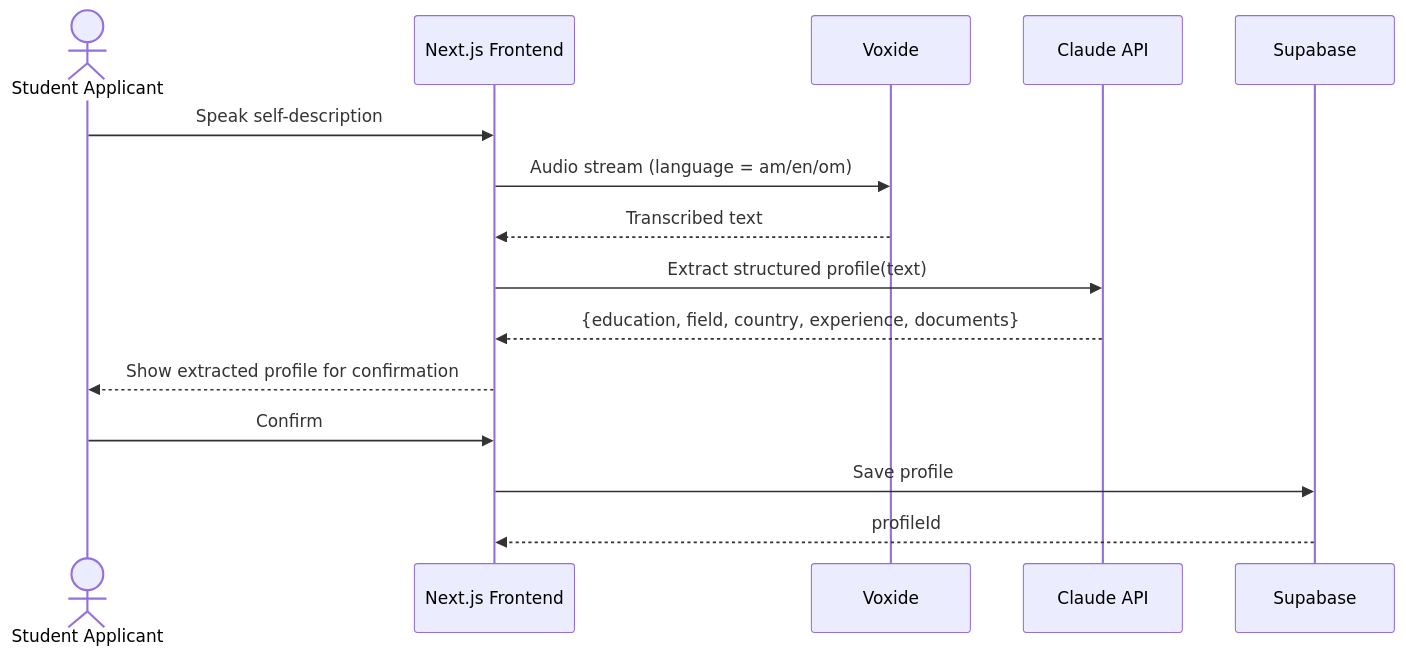
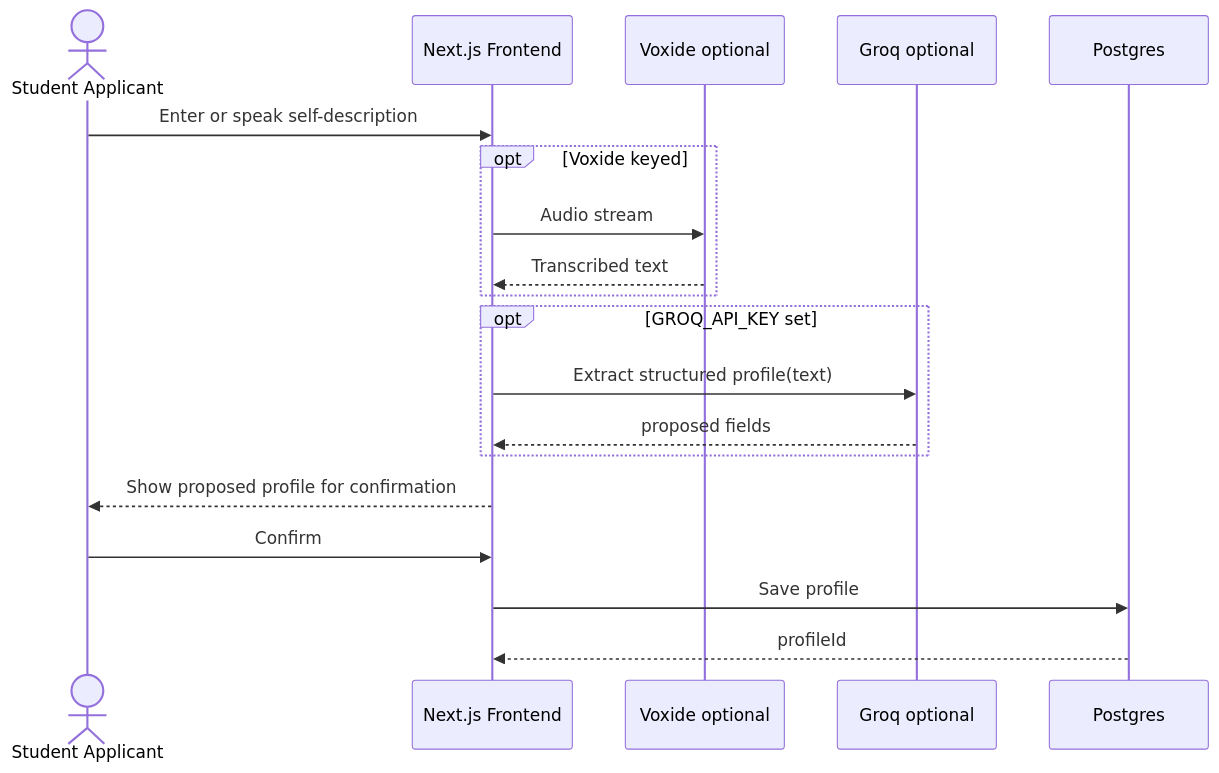
One commit to mumekonin/hulum changed the third of 10 diagrams in HULUM_Documentation.md. Above: the diagram before and after it, drawn with Mermaid. The commit also changed other lines of this file and 9 other files, not shown here.

First line of the commit message:
fix(docs): SRS §3-5 as-built decide/Groq diagrams

````diff
--- a/HULUM_Documentation.md
+++ b/HULUM_Documentation.md
@@ -478,18 +486,22 @@
 ```mermaid
 sequenceDiagram
     actor U as Student Applicant
     participant FE as Next.js Frontend
-    participant VX as Voxide
-    participant AI as Claude API
-    participant DB as Supabase
+    participant VX as Voxide optional
+    participant Groq as Groq optional
+    participant DB as Postgres
 
-    U->>FE: Speak self-description
-    FE->>VX: Audio stream (language = am/en/om)
-    VX-->>FE: Transcribed text
-    FE->>AI: Extract structured profile(text)
-    AI-->>FE: {education, field, country, experience, documents}
-    FE-->>U: Show extracted profile for confirmation
+    U->>FE: Enter or speak self-description
+    opt Voxide keyed
+      FE->>VX: Audio stream
+      VX-->>FE: Transcribed text
+    end
+    opt GROQ_API_KEY set
+      FE->>Groq: Extract structured profile(text)
+      Groq-->>FE: proposed fields
+    end
+    FE-->>U: Show proposed profile for confirmation
     U->>FE: Confirm
     FE->>DB: Save profile
     DB-->>FE: profileId
 ```
````
